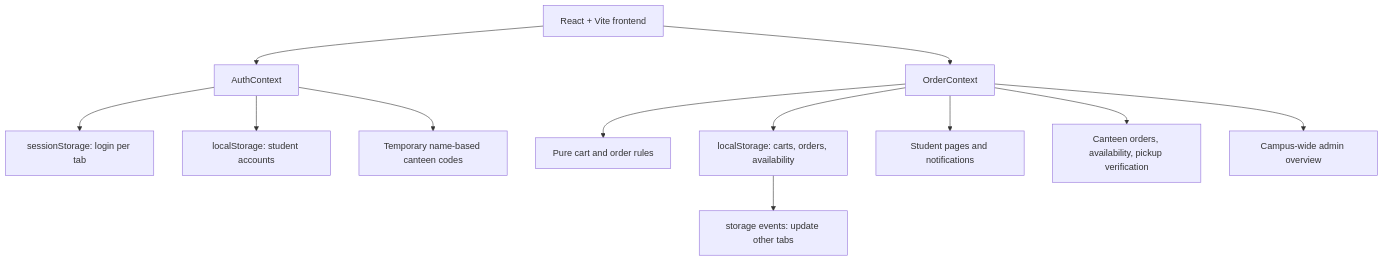
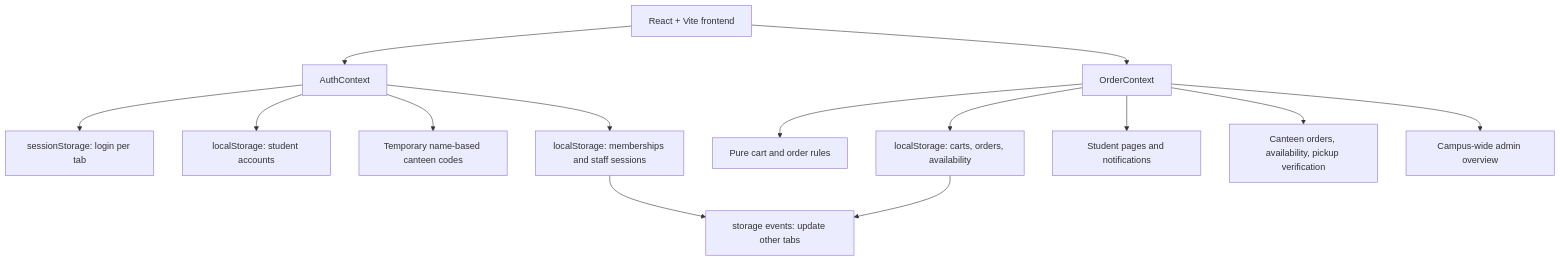
The first of 3 diagrams in architecture.md (tanu15-png/Build_BV), drawn with Mermaid before and after one commit. The commit also changed other lines of this file and 20 other files, not shown here.

````diff
--- a/architecture.md
+++ b/architecture.md
@@ -7,14 +7,16 @@
 ```mermaid
 flowchart TD
     UI[React + Vite frontend] --> Auth[AuthContext]
     UI --> Orders[OrderContext]
     Auth --> Session[sessionStorage: login per tab]
     Auth --> Accounts[localStorage: student accounts]
     Auth --> Codes[Temporary name-based canteen codes]
+    Auth --> Members[localStorage: memberships and staff sessions]
     Orders --> Rules[Pure cart and order rules]
     Orders --> Storage[localStorage: carts, orders, availability]
     Storage --> Sync[storage events: update other tabs]
+    Members --> Sync
     Orders --> Student[Student pages and notifications]
     Orders --> Canteen[Canteen orders, availability, pickup verification]
     Orders --> Admin[Campus-wide admin overview]
 ```
````
